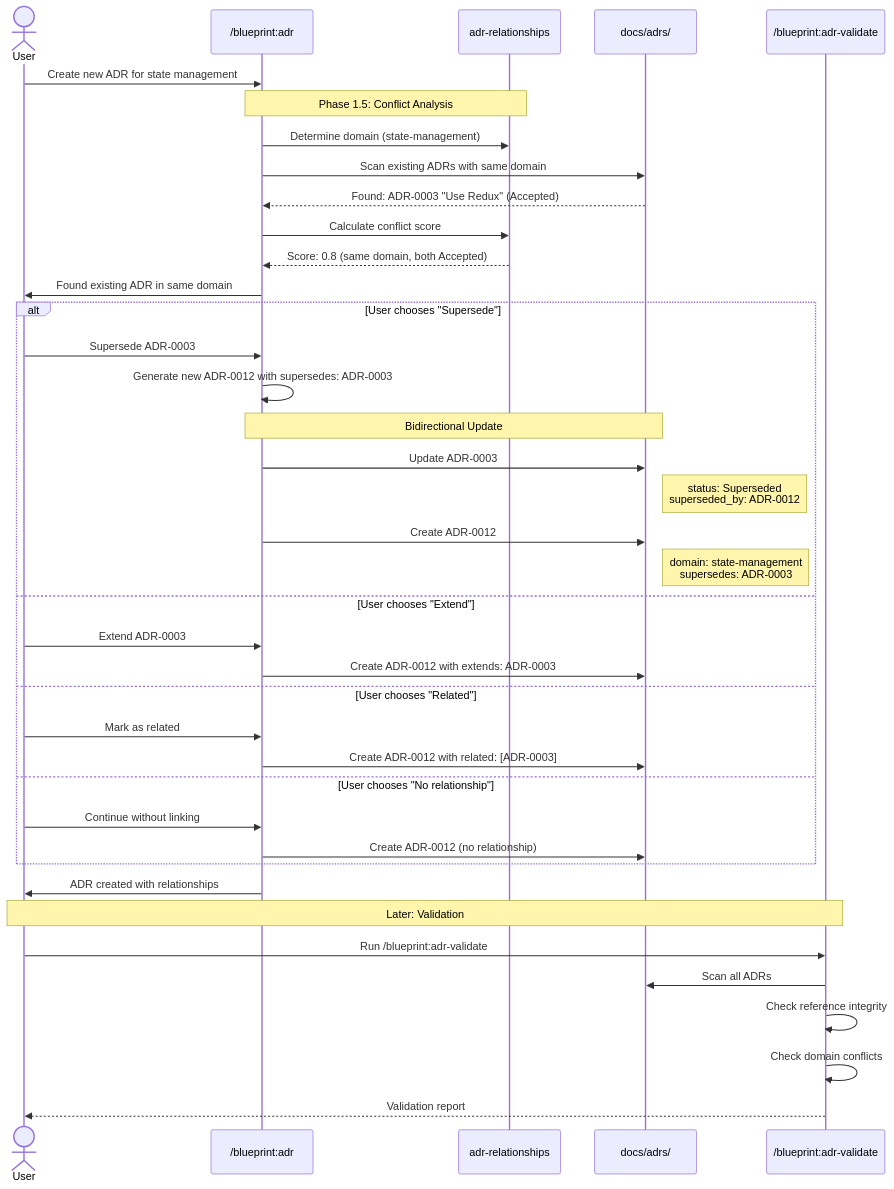
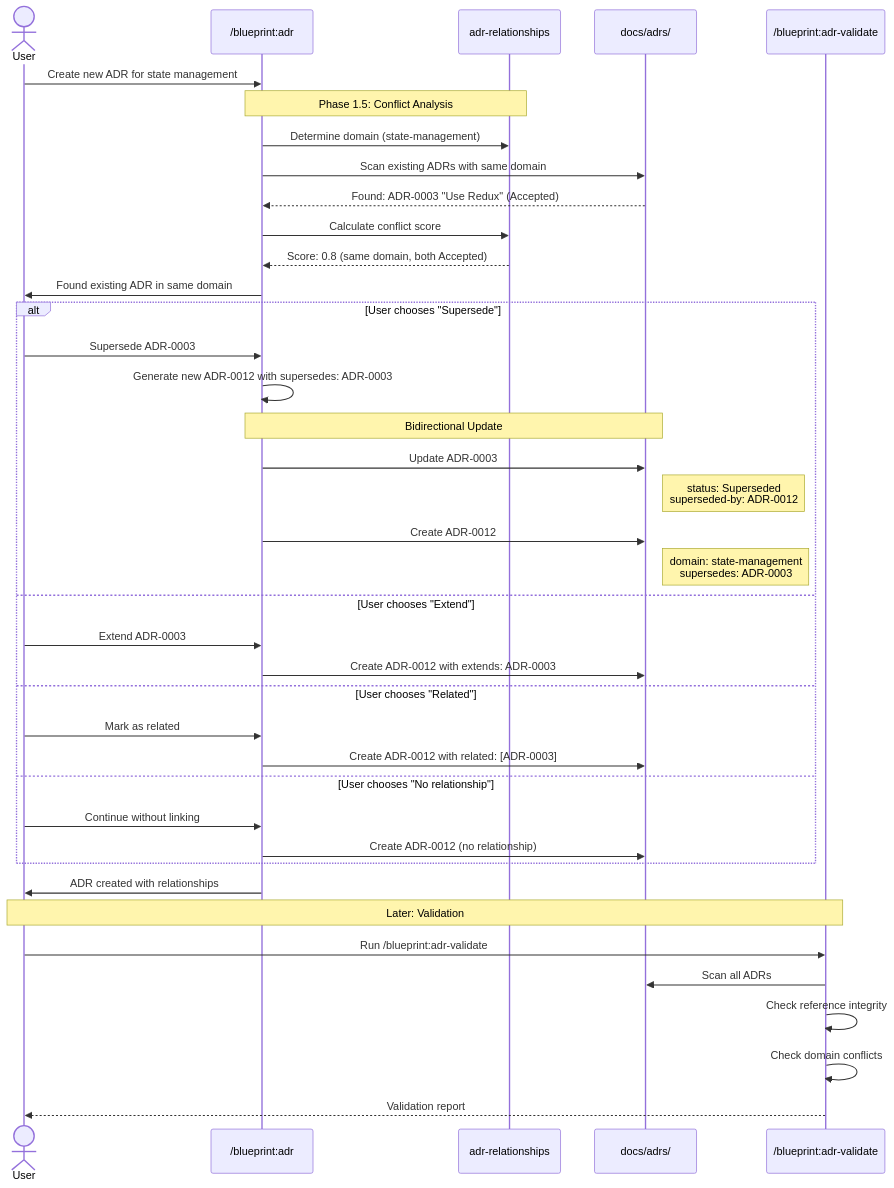
Before and after one commit to laurigates/claude-plugins: the sixth of 8 diagrams in blueprint-plugin/docs/blueprint-plugin-sequence.md, drawn with Mermaid. The commit also changed 8 other files, not shown here.

````diff
--- a/blueprint-plugin/docs/blueprint-plugin-sequence.md
+++ b/blueprint-plugin/docs/blueprint-plugin-sequence.md
@@ -366,53 +366,53 @@
 ```mermaid
 sequenceDiagram
     actor User
     participant CMD as /blueprint:adr
     participant Skill as adr-relationships
     participant ADRs as docs/adrs/
     participant Validate as /blueprint:adr-validate
 
     User->>CMD: Create new ADR for state management
 
     Note over CMD,Skill: Phase 1.5: Conflict Analysis
     CMD->>Skill: Determine domain (state-management)
     CMD->>ADRs: Scan existing ADRs with same domain
 
     ADRs-->>CMD: Found: ADR-0003 "Use Redux" (Accepted)
 
     CMD->>Skill: Calculate conflict score
     Skill-->>CMD: Score: 0.8 (same domain, both Accepted)
 
     CMD->>User: Found existing ADR in same domain
 
     alt User chooses "Supersede"
         User->>CMD: Supersede ADR-0003
         CMD->>CMD: Generate new ADR-0012 with supersedes: ADR-0003
 
         Note over CMD,ADRs: Bidirectional Update
         CMD->>ADRs: Update ADR-0003
-        Note right of ADRs: status: Superseded<br/>superseded_by: ADR-0012
+        Note right of ADRs: status: Superseded<br/>superseded-by: ADR-0012
         CMD->>ADRs: Create ADR-0012
         Note right of ADRs: domain: state-management<br/>supersedes: ADR-0003
 
     else User chooses "Extend"
         User->>CMD: Extend ADR-0003
         CMD->>ADRs: Create ADR-0012 with extends: ADR-0003
 
     else User chooses "Related"
         User->>CMD: Mark as related
         CMD->>ADRs: Create ADR-0012 with related: [ADR-0003]
 
     else User chooses "No relationship"
         User->>CMD: Continue without linking
         CMD->>ADRs: Create ADR-0012 (no relationship)
     end
 
     CMD->>User: ADR created with relationships
 
     Note over User,Validate: Later: Validation
     User->>Validate: Run /blueprint:adr-validate
     Validate->>ADRs: Scan all ADRs
     Validate->>Validate: Check reference integrity
     Validate->>Validate: Check domain conflicts
     Validate-->>User: Validation report
 ```
````
